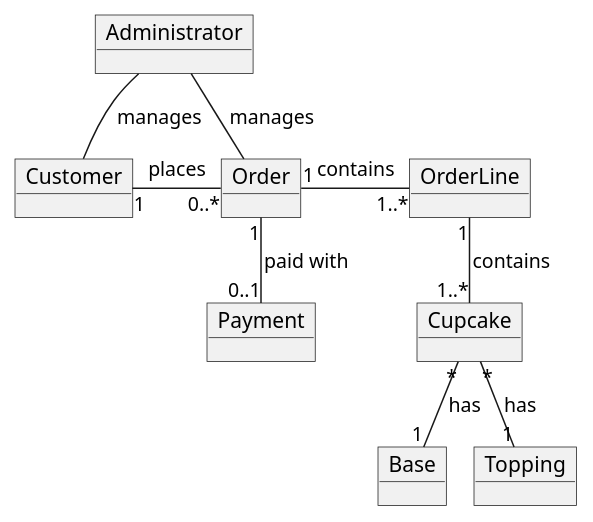
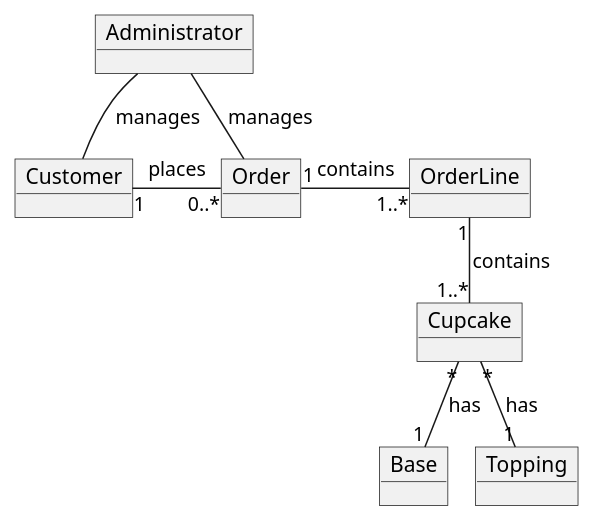
The diagram in docs/domainmodelV2.puml (Hanibans/Cupcake-teamb), drawn with PlantUML before and after one commit.

Commit message:
domænemodel final update

```diff
--- a/docs/domainmodelV2.puml
+++ b/docs/domainmodelV2.puml
@@ -1,22 +1,20 @@
 @startuml
 !pragma layout smetana
 
 object Customer
 object Order
 object OrderLine
 object Cupcake
 object Base
 object Topping
-object Payment
 object Administrator
 
 Customer "1" - "0..*" Order : places
 Order "1" - "1..*" OrderLine : contains
 OrderLine "1" -- "1..*" Cupcake : contains
 Cupcake "*" -- "1" Base : has
 Cupcake "*" -- "1" Topping : has
-Order "1" -- "0..1" Payment : paid with
 Administrator -- Order : manages
 Administrator -- Customer : manages
 
 @enduml
```
